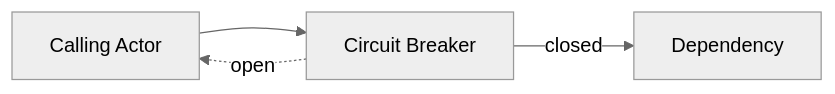
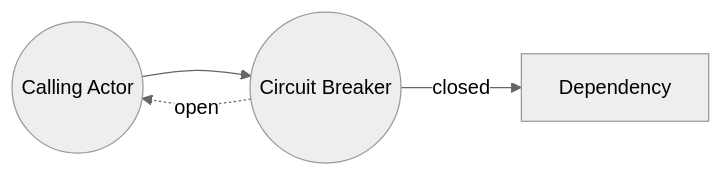
One commit to asynkron/protoactor-website changed the second of 2 diagrams in hugo/content/docs/circuit-breaker.md. Above: the diagram before and after it, drawn with Mermaid (neutral theme). The commit also changed other lines of this file, not shown here.

Commit message:
docs: add circuit breaker middleware example

````diff
--- a/hugo/content/docs/circuit-breaker.md
+++ b/hugo/content/docs/circuit-breaker.md
@@ -28,6 +28,9 @@
 ```mermaid
-flowchart LR;
-    Actor[Calling Actor] --> Breaker[Circuit Breaker];
-    Breaker -->|closed| Service[Dependency];
-    Breaker -.open.-> Actor;
+graph LR
+    caller((Calling Actor))
+    breaker((Circuit Breaker))
+    service[Dependency]
+    caller --> breaker
+    breaker -->|closed| service
+    breaker -.open.-> caller
 ```
````
